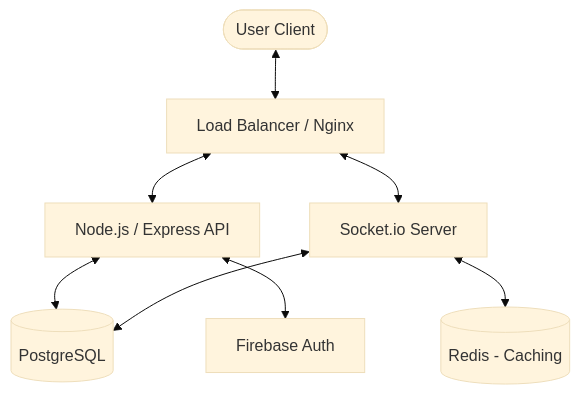
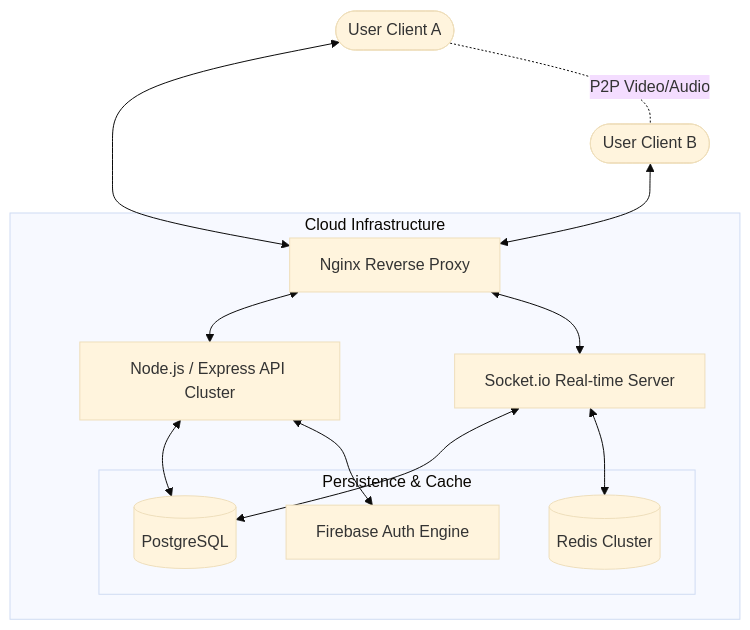
The first of 7 diagrams in README.md (YaduEnc/MuhDikhai), drawn with Mermaid (base theme) before and after one commit. The commit also changed other lines of this file, not shown here.

Commit message:
Enhance README with comprehensive technical diagrams and system flow documentation

````diff
--- a/README.md
+++ b/README.md
@@ -12,18 +12,27 @@
 ```mermaid
 graph TD
-    User([User Client])
-    LB[Load Balancer / Nginx]
-    API[Node.js / Express API]
-    SIO[Socket.io Server]
-    DB[(PostgreSQL)]
-    FB[Firebase Auth]
-    RD[(Redis - Caching)]
+    UserA([User Client A])
+    UserB([User Client B])
+    
+    subgraph Cloud [Cloud Infrastructure]
+        LB[Nginx Reverse Proxy]
+        API[Node.js / Express API Cluster]
+        SIO[Socket.io Real-time Server]
+        
+        subgraph DataLayer [Persistence & Cache]
+            DB[(PostgreSQL)]
+            RD[(Redis Cluster)]
+            FB[Firebase Auth Engine]
+        end
+    end
 
-    User <--> LB
+    UserA <--> LB
+    UserB <--> LB
     LB <--> API
     LB <--> SIO
     API <--> DB
     API <--> FB
     SIO <--> DB
     SIO <--> RD
+    UserA -. P2P Video/Audio .- UserB
 ```
````
